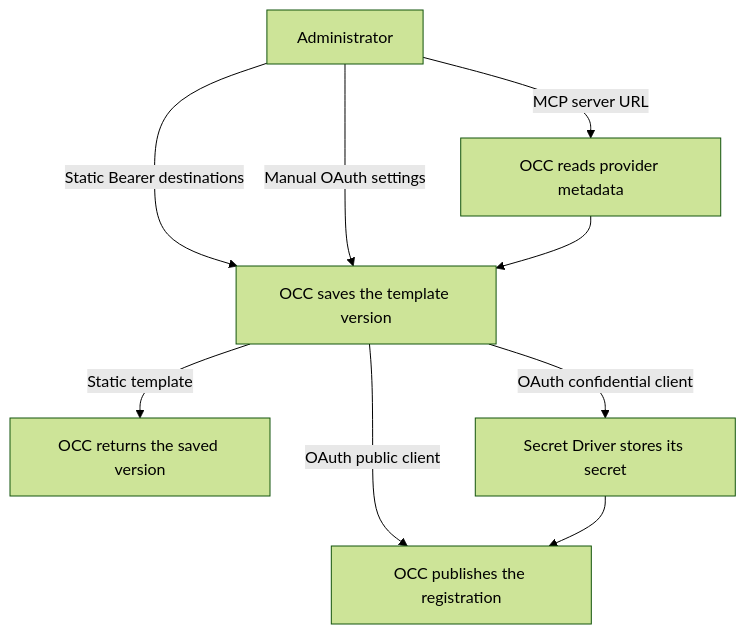
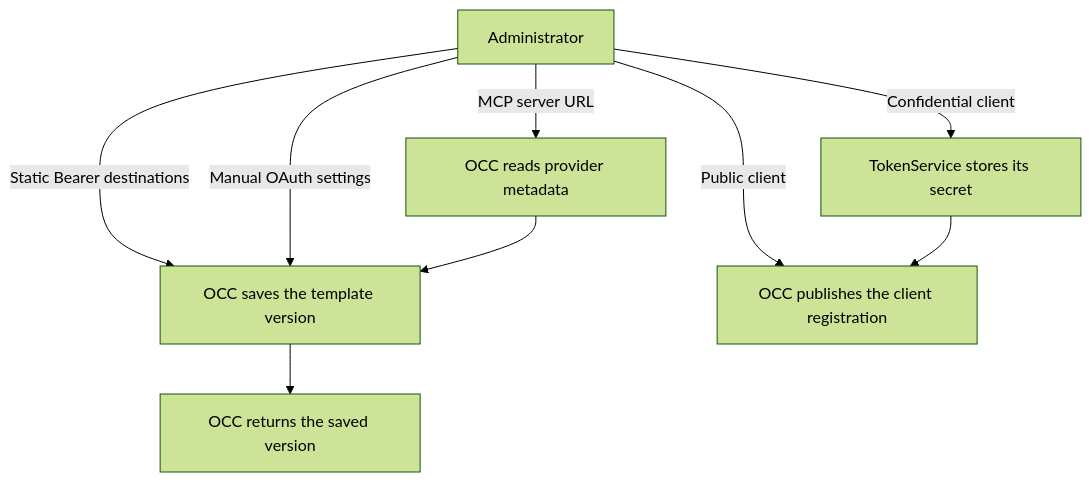
Before and after one commit to openclaw/openclaw-enterprise: the first of 2 diagrams in docs/flows/connection-templates.md, drawn with Mermaid (forest theme). The commit also changed other lines of this file and 130 other files, not shown here.

Commit message:
Join TokenService Clients and native Git Source delivery

````diff
--- a/docs/flows/connection-templates.md
+++ b/docs/flows/connection-templates.md
@@ -22,11 +22,11 @@
 ```mermaid
 graph TD
   Admin["Administrator"] -->|Static Bearer destinations| Version["OCC saves the template version"]
   Admin -->|Manual OAuth settings| Version
   Admin -->|MCP server URL| Discovery["OCC reads provider metadata"]
   Discovery --> Version
-  Version -->|Static template| Saved["OCC returns the saved version"]
-  Version -->|OAuth confidential client| Secret["Secret Driver stores its secret"]
-  Version -->|OAuth public client| Publish["OCC publishes the registration"]
+  Version --> Saved["OCC returns the saved version"]
+  Admin -->|Confidential client| Secret["TokenService stores its secret"]
+  Admin -->|Public client| Publish["OCC publishes the client registration"]
   Secret --> Publish
 ```
````
